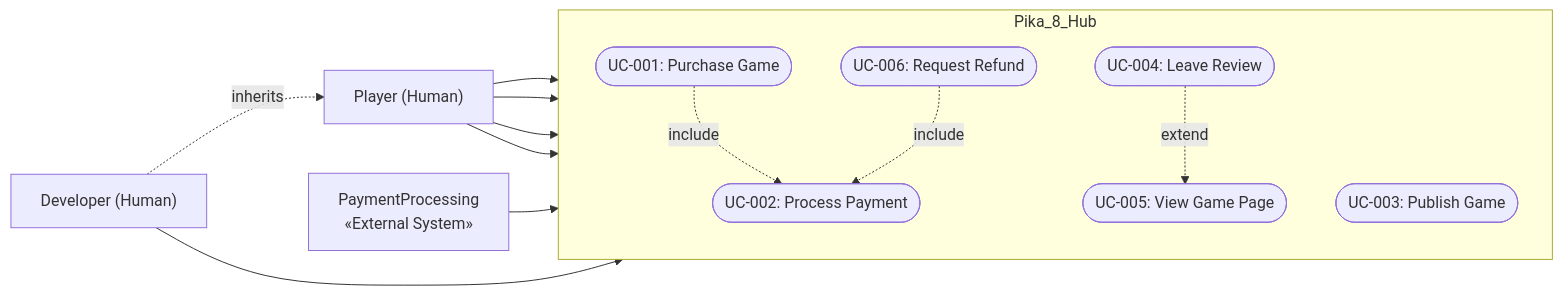
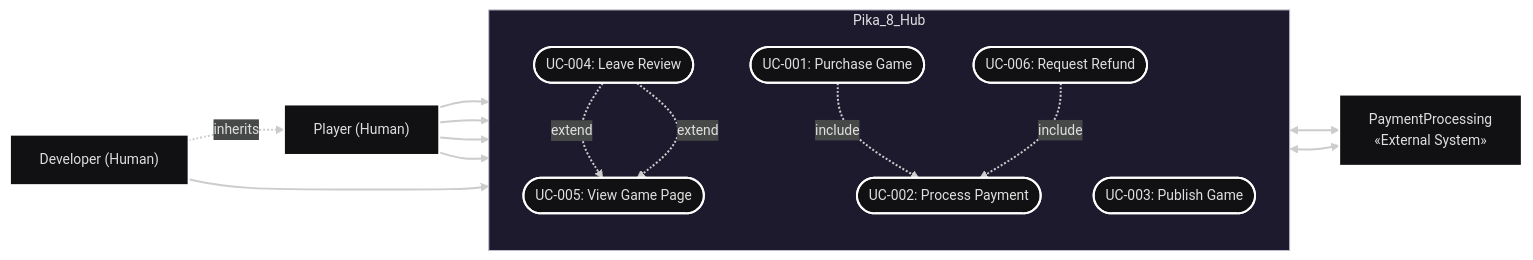
The diagram in lab_1/use_cases.mmd (KotiasFeet/kpi_2026), drawn with Mermaid before and after one commit. The commit also changed 7 other files, not shown here.

```diff
--- a/lab_1/use_cases.mmd
+++ b/lab_1/use_cases.mmd
@@ -1,27 +1,34 @@
+---
+config:
+  theme: redux-dark-color
+---
 flowchart LR
     player["Player (Human)"]
     dev["Developer (Human)"]
     pg["PaymentProcessing <br> «External System»"]
 
     dev -. "inherits" .-> player
 
     subgraph Pika_8_Hub
         direction TB
         UC1(["UC-001: Purchase Game"])
         UC2(["UC-002: Process Payment"])
         UC3(["UC-003: Publish Game"])
         UC4(["UC-004: Leave Review"])
         UC5(["UC-005: View Game Page"])
         UC6(["UC-006: Request Refund"])
     end
 
     player --> UC1
     player --> UC4
     player --> UC5
     dev --> UC3
-    pg --> UC2
     player --> UC6
+
+		UC1 <--> pg
+    UC6 <--> pg
+    UC4 -. "extend" .-> UC5
 
     UC1 -. "include" .-> UC2
     UC4 -. "extend" .-> UC5
     UC6 -. "include" .-> UC2
```
